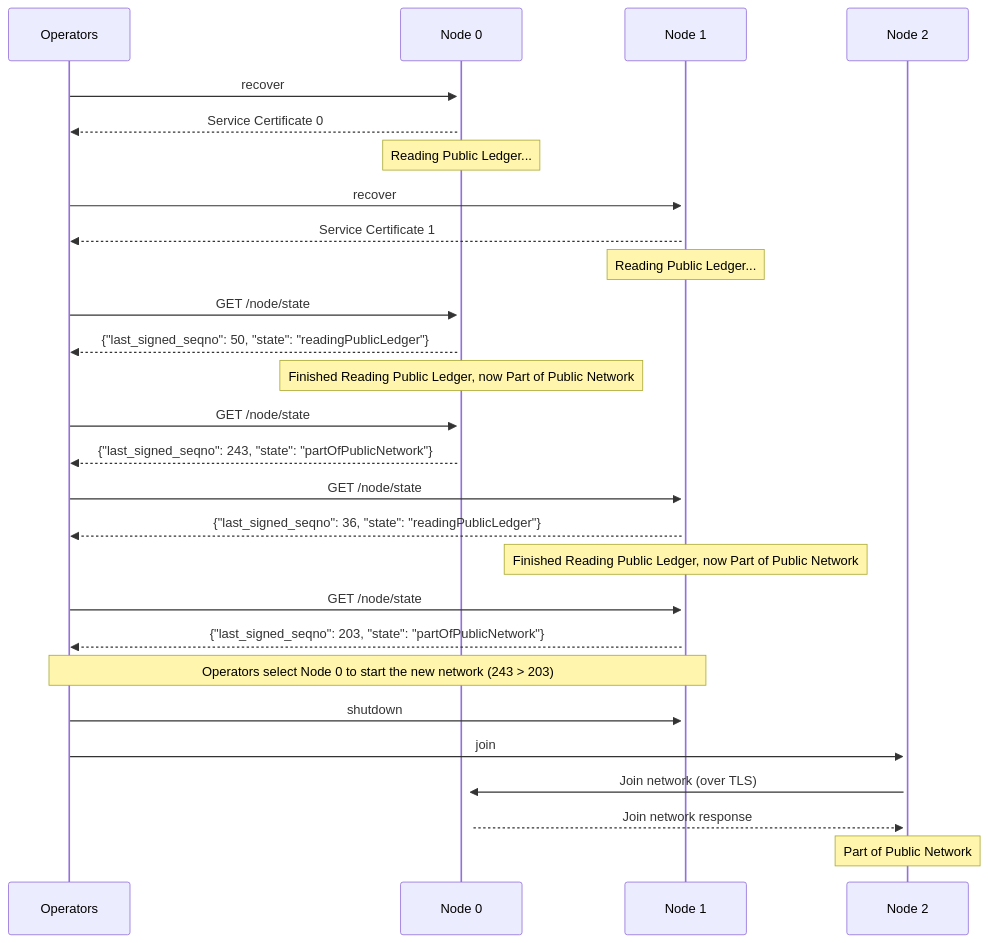
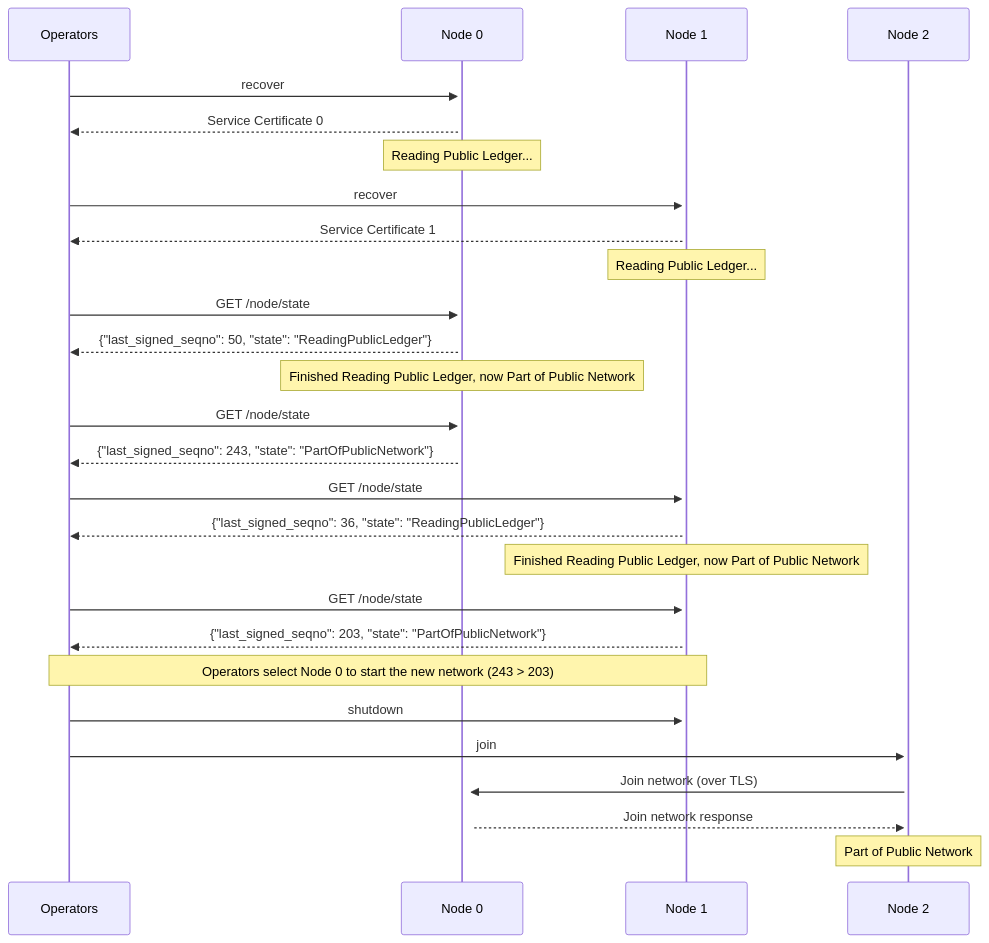
One commit to cjen1-msft/CCF changed the third of 6 diagrams in doc/operations/recovery.rst. Above: the diagram before and after it, drawn with Mermaid. The commit also changed other lines of this file and 80 other files, not shown here.

```diff
--- a/doc/operations/recovery.rst
+++ b/doc/operations/recovery.rst
@@ -77,36 +75,36 @@
 .. mermaid::
 
     sequenceDiagram
         participant Operators
         participant Node 0
         participant Node 1
         participant Node 2
 
         Operators->>+Node 0: recover
         Node 0-->>Operators: Service Certificate 0
         Note over Node 0: Reading Public Ledger...
 
         Operators->>+Node 1: recover
         Node 1-->>Operators: Service Certificate 1
         Note over Node 1: Reading Public Ledger...
 
         Operators->>+Node 0: GET /node/state
-        Node 0-->>Operators: {"last_signed_seqno": 50, "state": "readingPublicLedger"}
+        Node 0-->>Operators: {"last_signed_seqno": 50, "state": "ReadingPublicLedger"}
         Note over Node 0: Finished Reading Public Ledger, now Part of Public Network
         Operators->>Node 0: GET /node/state
-        Node 0-->>Operators: {"last_signed_seqno": 243, "state": "partOfPublicNetwork"}
+        Node 0-->>Operators: {"last_signed_seqno": 243, "state": "PartOfPublicNetwork"}
 
         Operators->>+Node 1: GET /node/state
-        Node 1-->>Operators: {"last_signed_seqno": 36, "state": "readingPublicLedger"}
+        Node 1-->>Operators: {"last_signed_seqno": 36, "state": "ReadingPublicLedger"}
         Note over Node 1: Finished Reading Public Ledger, now Part of Public Network
         Operators->>Node 1: GET /node/state
-        Node 1-->>Operators: {"last_signed_seqno": 203, "state": "partOfPublicNetwork"}
+        Node 1-->>Operators: {"last_signed_seqno": 203, "state": "PartOfPublicNetwork"}
 
         Note over Operators, Node 1: Operators select Node 0 to start the new network (243 > 203)
 
         Operators->>+Node 1: shutdown
 
         Operators->>+Node 2: join
         Node 2->>+Node 0: Join network (over TLS)
         Node 0-->>Node 2: Join network response
         Note over Node 2: Part of Public Network
```
